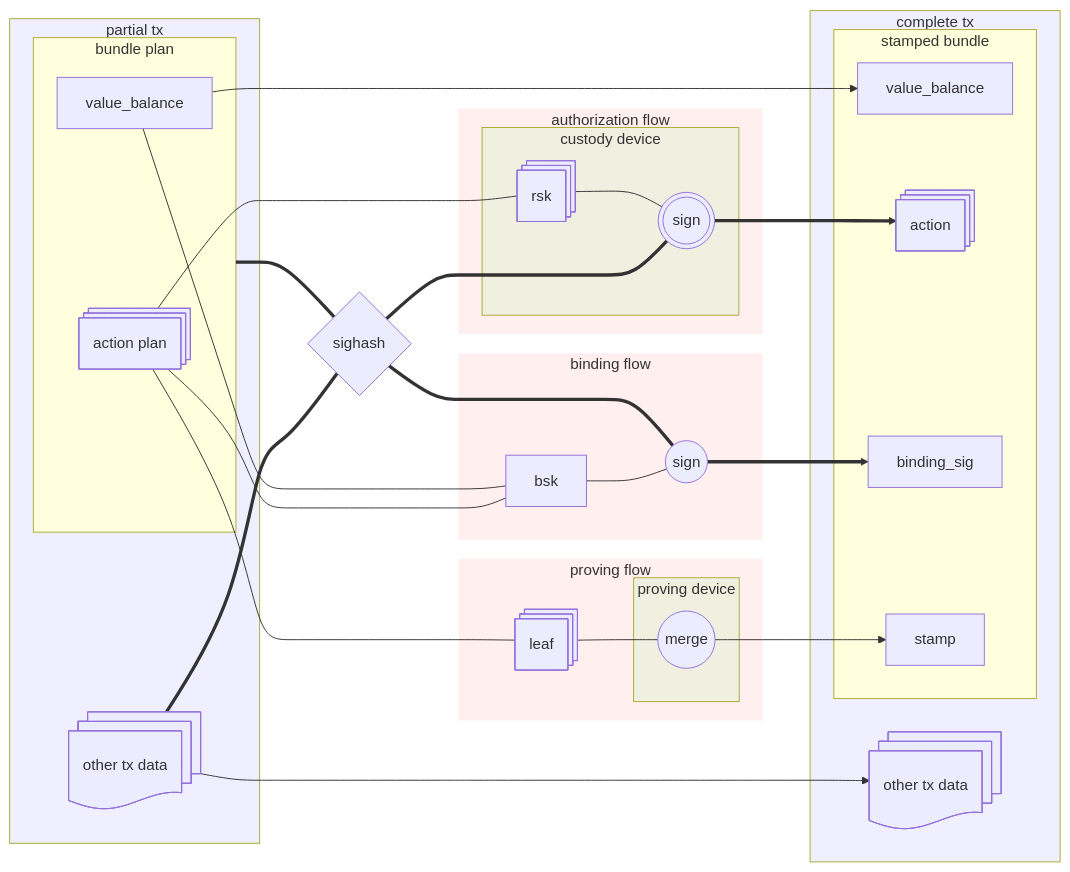
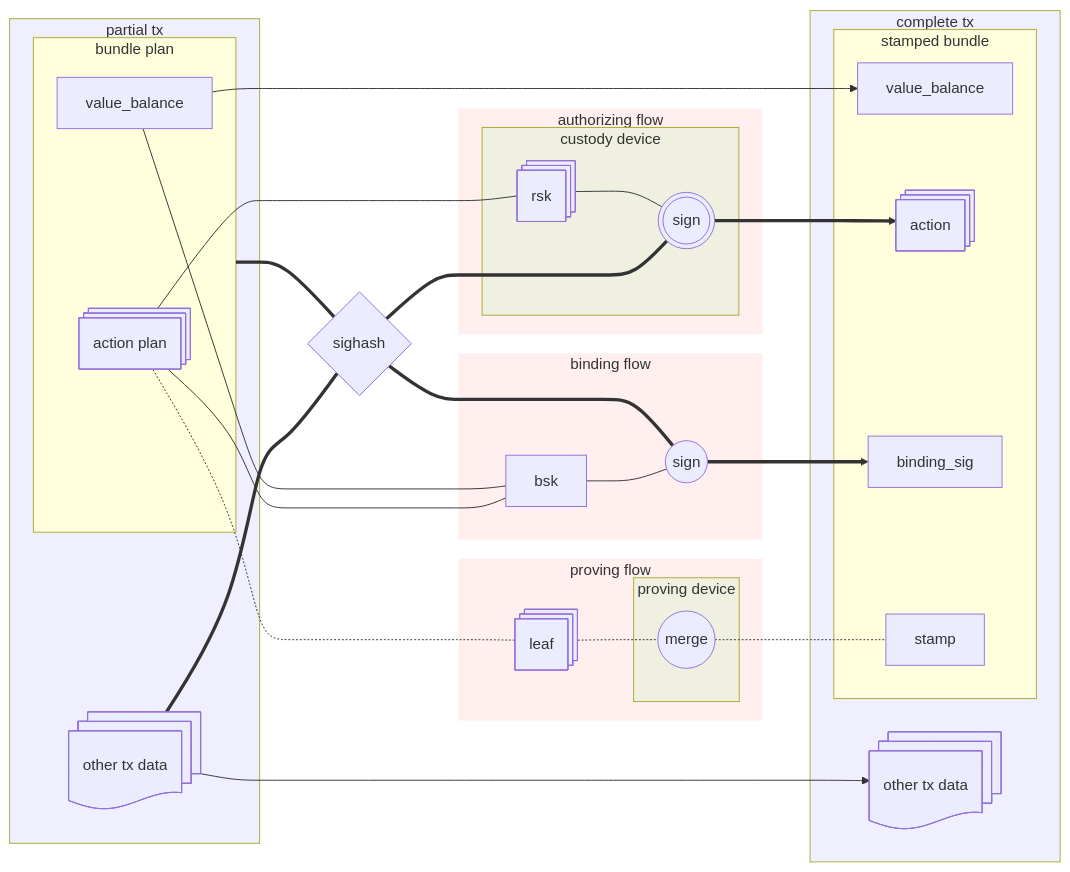
The second of 3 diagrams in book/src/authorization.md (turbocrime/tachyon), drawn with Mermaid before and after one commit. The commit also changed other lines of this file, not shown here.

````diff
--- a/book/src/authorization.md
+++ b/book/src/authorization.md
@@ -159,68 +155,68 @@
 ```mermaid
 flowchart LR
     style proving fill:#ff000010,stroke:none
     style authorization fill:#ff000010,stroke:none
     style binding fill:#ff000010,stroke:none
 
     style custody fill:#00ff0010
     style prover fill:#00ff0010
 
     style pczt fill:#0000ff10
     style tx fill:#0000ff10
 
 
     subgraph pczt[partial tx]
         subgraph bundle_plan["bundle plan"]
             action_plan@{ shape: st-rect, label: "action plan" }
             value_balance
         end
         other1@{ shape: st-doc, label: "other tx data" } 
     end
     pczt ~~~ sighash{sighash}
     bundle_plan & other1 === sighash 
 
 
     value_balance --> value_balance_2[value_balance]
 
     subgraph tx[complete tx]
         subgraph bundle["stamped bundle"]
             value_balance_2[value_balance]
             action@{ shape: st-rect }
             binding_sig
             stamp
         end
         other2@{ shape: st-doc, label: "other tx data" }
     end
 
 
 
     subgraph proving["proving flow"]
         leaf@{ shape: st-rect, label: "leaf" }
         subgraph prover["proving device"]
             merge((merge))
         end
     end
-    action_plan --- leaf --- merge --> stamp
+    action_plan -.- leaf -.- merge -.- stamp
 
 
     sighash ~~~ binding
     subgraph binding["binding flow"]
         bsk 
         sign_binding_sig(("sign"))
     end
     action_plan & value_balance --- bsk --- sign_binding_sig ==> binding_sig
     sighash === sign_binding_sig
 
     sighash ~~~ authorization
-    subgraph authorization["authorization flow"]
+    subgraph authorization["authorizing flow"]
         subgraph custody["custody device"]
             rsk@{ shape: st-rect }
             sign_action((("sign")))
         end
     end
     sighash === sign_action
     action_plan --- rsk --- sign_action ==> action
 
     other1 --> other2
     pczt ~~~ sighash
 ```
````
